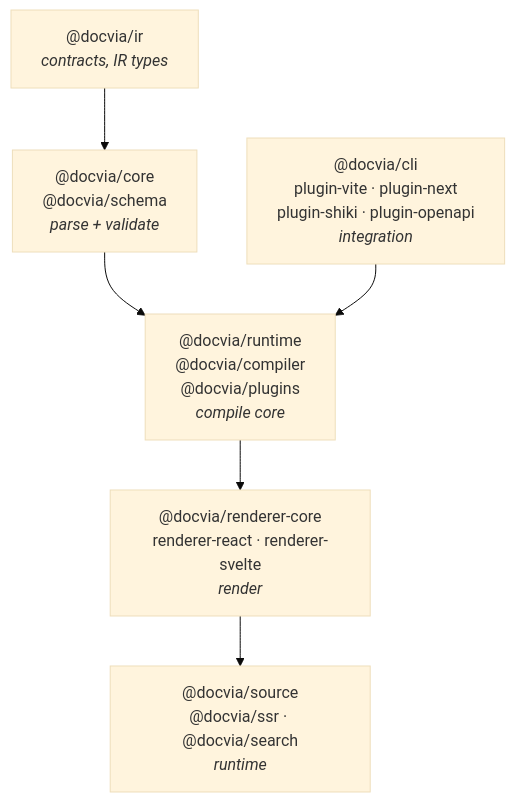
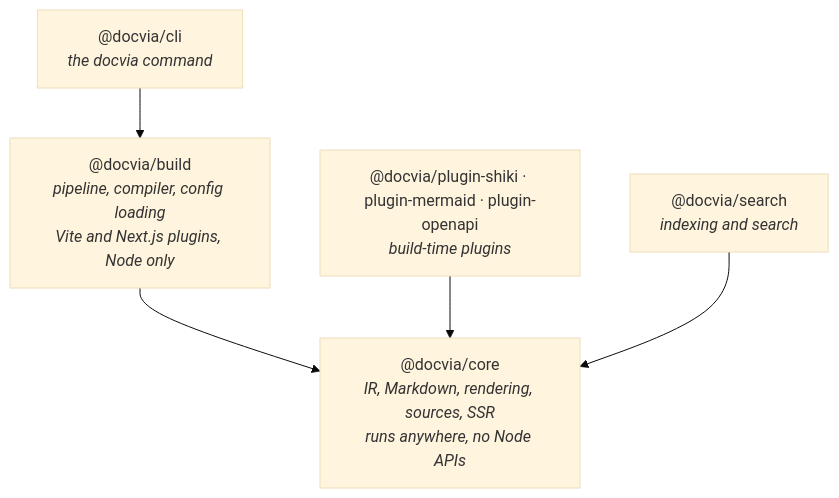
One commit to kanakkholwal/docvia changed the first of 4 diagrams in apps/web/src/docs/guide/architecture.md. Above: the diagram before and after it, drawn with Mermaid (base theme). The commit also changed other lines of this file and 537 other files, not shown here.

````diff
--- a/apps/web/src/docs/guide/architecture.md
+++ b/apps/web/src/docs/guide/architecture.md
@@ -14,13 +14,14 @@
 ```mermaid
 %% title: Package layers
 flowchart TD
-  IR["@docvia/ir<br/><i>contracts, IR types</i>"]
-  CORE["@docvia/core<br/>@docvia/schema<br/><i>parse + validate</i>"]
-  RT["@docvia/runtime<br/>@docvia/compiler<br/>@docvia/plugins<br/><i>compile core</i>"]
-  REN["@docvia/renderer-core<br/>renderer-react · renderer-svelte<br/><i>render</i>"]
-  RUN["@docvia/source<br/>@docvia/ssr · @docvia/search<br/><i>runtime</i>"]
-  INT["@docvia/cli<br/>plugin-vite · plugin-next<br/>plugin-shiki · plugin-openapi<br/><i>integration</i>"]
+  CORE["@docvia/core<br/><i>IR, Markdown, rendering, sources, SSR</i><br/><i>runs anywhere, no Node APIs</i>"]
+  BUILD["@docvia/build<br/><i>pipeline, compiler, config loading</i><br/><i>Vite and Next.js plugins, Node only</i>"]
+  CLI["@docvia/cli<br/><i>the docvia command</i>"]
+  PLUG["@docvia/plugin-shiki · plugin-mermaid · plugin-openapi<br/><i>build-time plugins</i>"]
+  SEARCH["@docvia/search<br/><i>indexing and search</i>"]
 
-  IR --> CORE --> RT --> REN --> RUN
-  INT --> RT
+  BUILD --> CORE
+  CLI --> BUILD
+  PLUG --> CORE
+  SEARCH --> CORE
 ```
````
